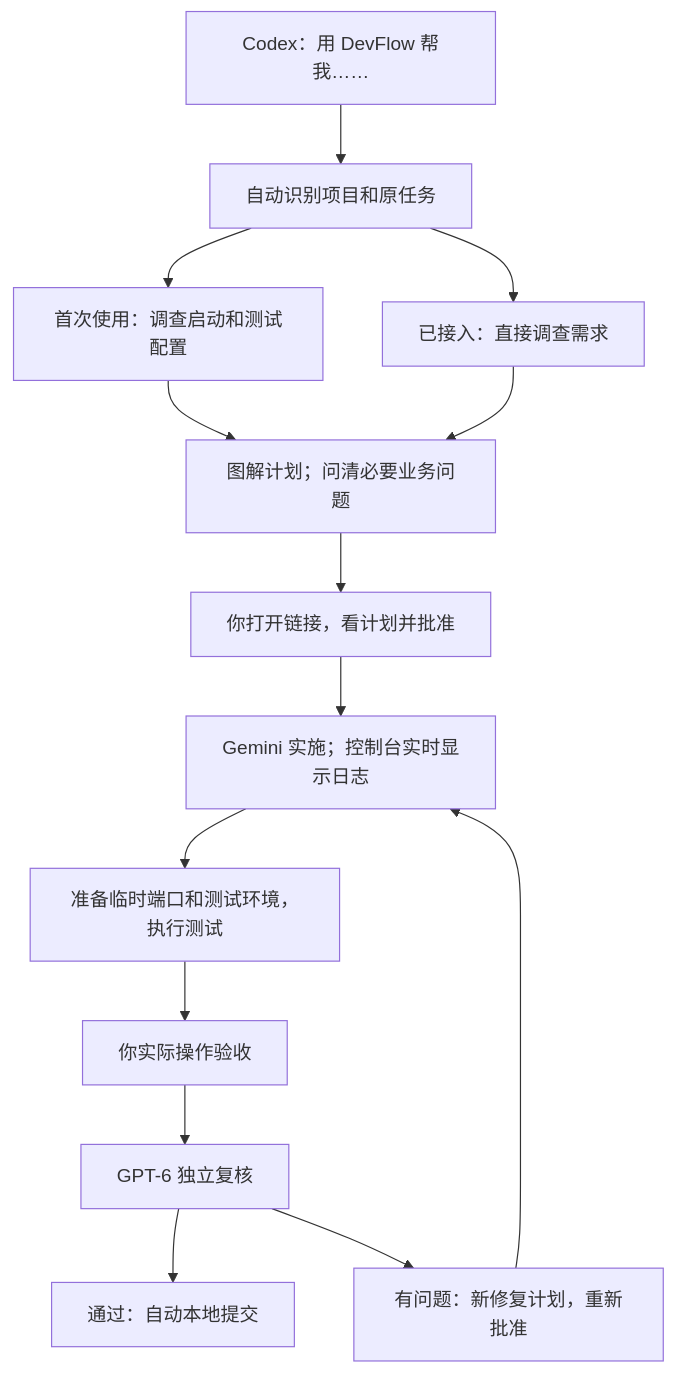
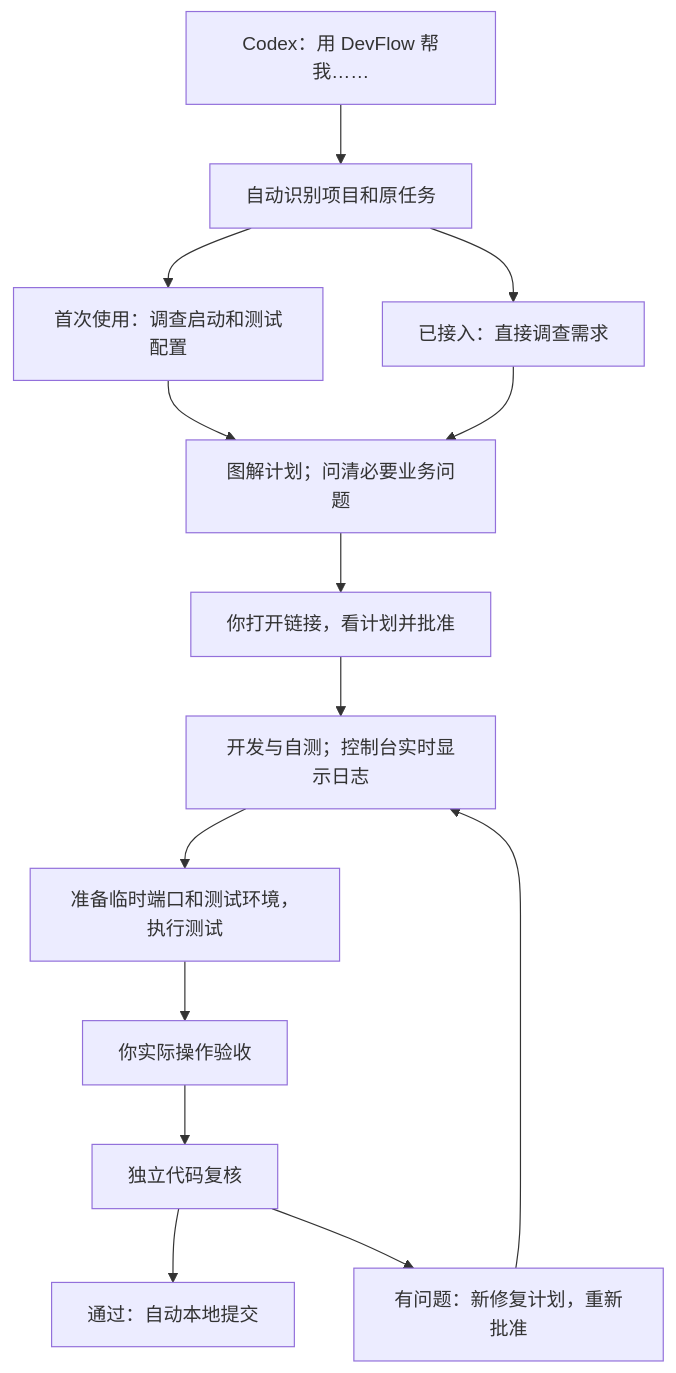
The diagram in docs/guide/使用与恢复指南.md (zephyrw/dev-flow), drawn with Mermaid before and after one commit. The commit also changed other lines of this file and 50 other files, not shown here.

````diff
--- a/docs/guide/使用与恢复指南.md
+++ b/docs/guide/使用与恢复指南.md
@@ -24,16 +21,16 @@
 ```mermaid
 flowchart TD
   A["Codex：用 DevFlow 帮我……"] --> B["自动识别项目和原任务"]
   B --> C["首次使用：调查启动和测试配置"]
   B --> D["已接入：直接调查需求"]
   C --> E["图解计划；问清必要业务问题"]
   D --> E
   E --> F["你打开链接，看计划并批准"]
-  F --> G["Gemini 实施；控制台实时显示日志"]
+  F --> G["开发与自测；控制台实时显示日志"]
   G --> H["准备临时端口和测试环境，执行测试"]
   H --> I["你实际操作验收"]
-  I --> J["GPT-6 独立复核"]
+  I --> J["独立代码复核"]
   J --> K["通过：自动本地提交"]
   J --> L["有问题：新修复计划，重新批准"]
   L --> G
 ```
````
